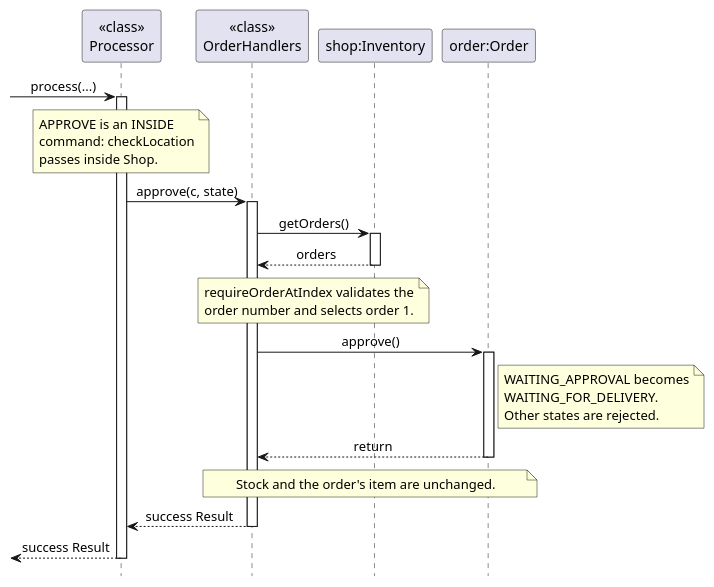
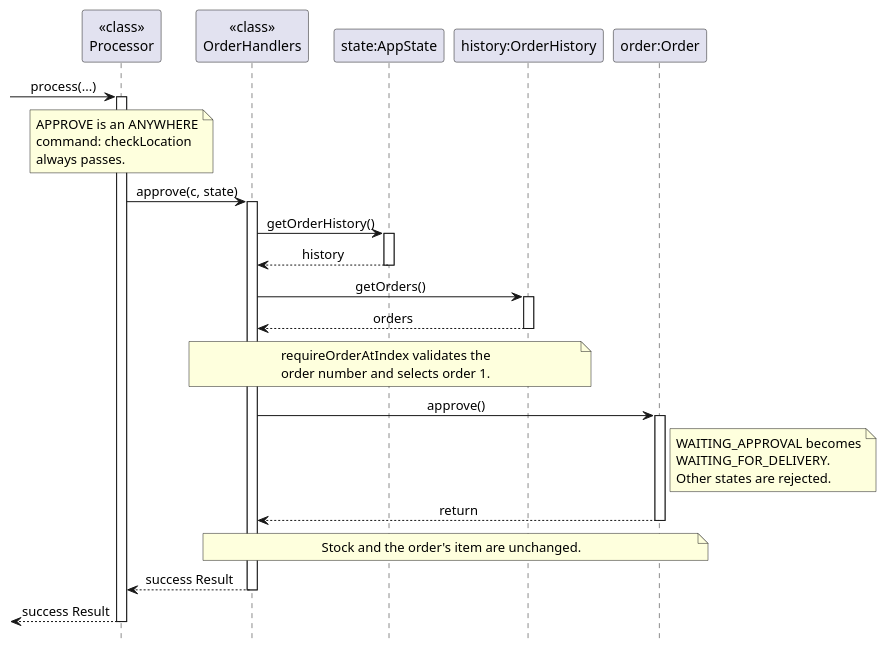
One commit to AY2627S1-CS2113-W14-4/tp changed the diagram in docs/diagrams/OrderApprovalSequence.puml. Above: the diagram before and after it, drawn with PlantUML. The commit also changed 28 other files, not shown here.

Commit message:
Move orders into a global OrderHistory

```diff
--- a/docs/diagrams/OrderApprovalSequence.puml
+++ b/docs/diagrams/OrderApprovalSequence.puml
@@ -1,44 +1,49 @@
 @startuml
 hide footbox
 skinparam sequenceMessageAlign center
 
 participant "<<class>>\nProcessor" as Processor
 participant "<<class>>\nOrderHandlers" as Handlers
-participant "shop:Inventory" as Inventory
+participant "state:AppState" as State
+participant "history:OrderHistory" as History
 participant "order:Order" as Order
 
 [-> Processor : process(...)
 activate Processor
 note over Processor
-    APPROVE is an INSIDE
+    APPROVE is an ANYWHERE
     command: checkLocation
-    passes inside Shop.
+    always passes.
 end note
 Processor -> Handlers : approve(c, state)
 activate Handlers
-Handlers -> Inventory : getOrders()
-activate Inventory
-Inventory --> Handlers : orders
-deactivate Inventory
-note over Handlers, Inventory
+Handlers -> State : getOrderHistory()
+activate State
+State --> Handlers : history
+deactivate State
+Handlers -> History : getOrders()
+activate History
+History --> Handlers : orders
+deactivate History
+note over Handlers, History
     requireOrderAtIndex validates the
     order number and selects order 1.
 end note
 
 Handlers -> Order : approve()
 activate Order
 note right of Order
     WAITING_APPROVAL becomes
     WAITING_FOR_DELIVERY.
     Other states are rejected.
 end note
 Order --> Handlers : return
 deactivate Order
 note over Handlers, Order
     Stock and the order's item are unchanged.
 end note
 Handlers --> Processor : success Result
 deactivate Handlers
 [<-- Processor : success Result
 deactivate Processor
 @enduml
```
